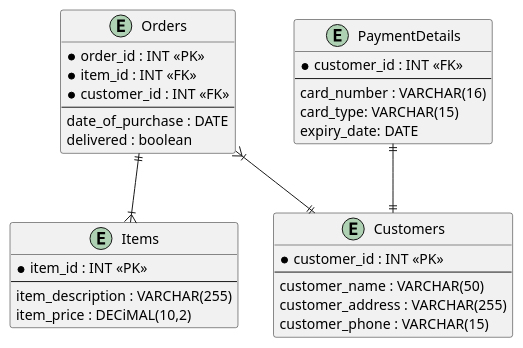
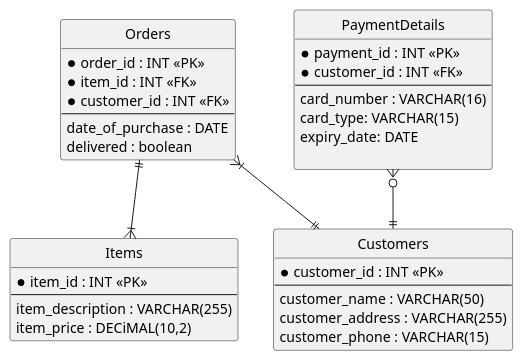
Before and after one commit to sudefidan/Advanced_Database: the diagram in WEEK1/Practicals/Normalization/antiques_delaer.plantuml, drawn with PlantUML.

```diff
--- a/WEEK1/Practicals/Normalization/antiques_delaer.plantuml
+++ b/WEEK1/Practicals/Normalization/antiques_delaer.plantuml
@@ -1,39 +1,44 @@
 @startuml antiques_dealer
+
+hide circle
+
 
 entity Orders {
     * order_id : INT <<PK>>
     * item_id : INT <<FK>>
     * customer_id : INT <<FK>>
     --
     date_of_purchase : DATE
     delivered : boolean
 }
 
 entity Items {
     * item_id : INT <<PK>>
     --
     item_description : VARCHAR(255)
     item_price : DECiMAL(10,2)
 }
 
 entity Customers {
     * customer_id : INT <<PK>>
     --
     customer_name : VARCHAR(50)
     customer_address : VARCHAR(255)
     customer_phone : VARCHAR(15)
 }
 
 entity PaymentDetails {
+    * payment_id : INT <<PK>>
     * customer_id : INT <<FK>>
     --
     card_number : VARCHAR(16)
     card_type: VARCHAR(15)
     expiry_date: DATE
+
 }
 
 Orders ||--|{ Items
 Orders }|--|| Customers
-PaymentDetails ||--|| Customers
+PaymentDetails }o--|| Customers
 
 @enduml
```
